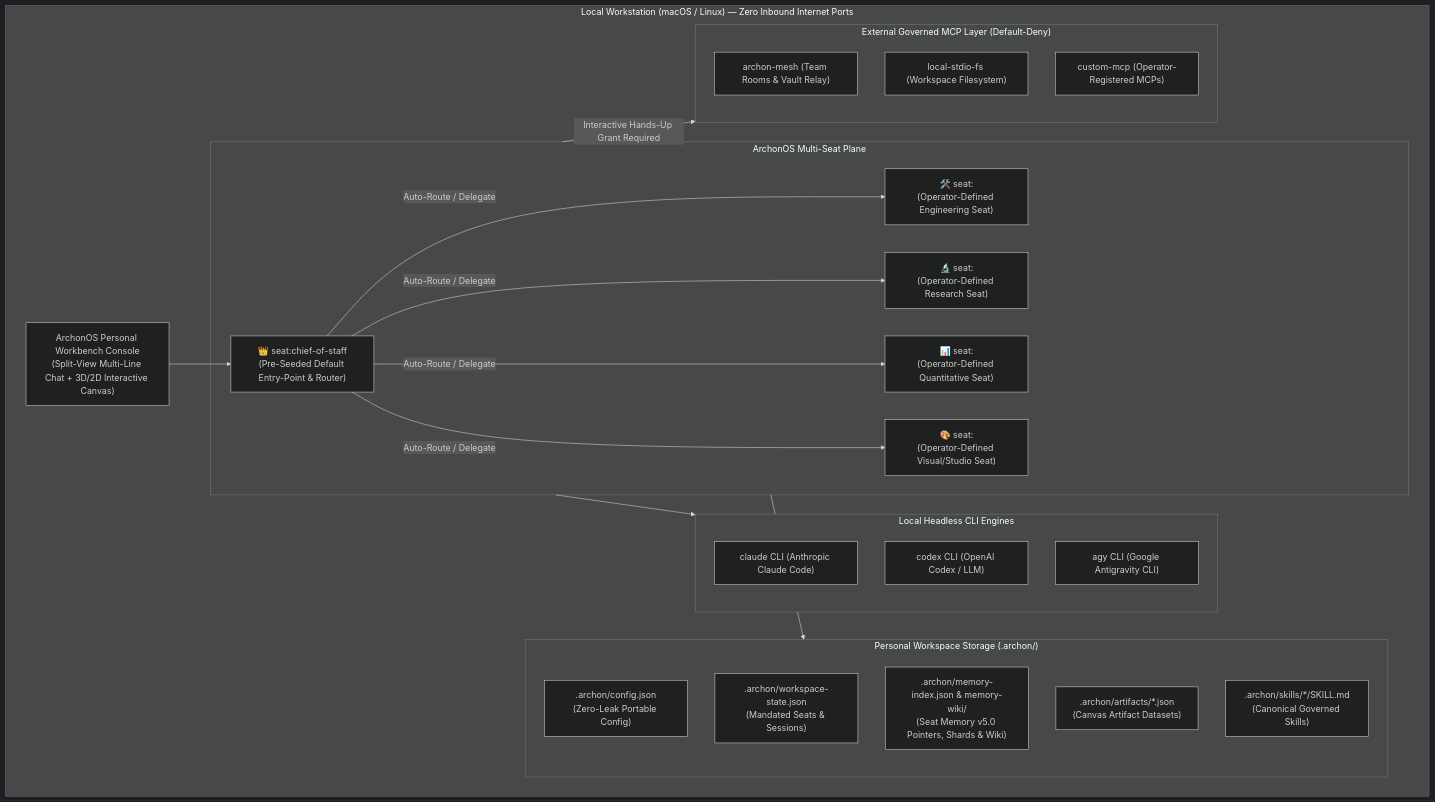
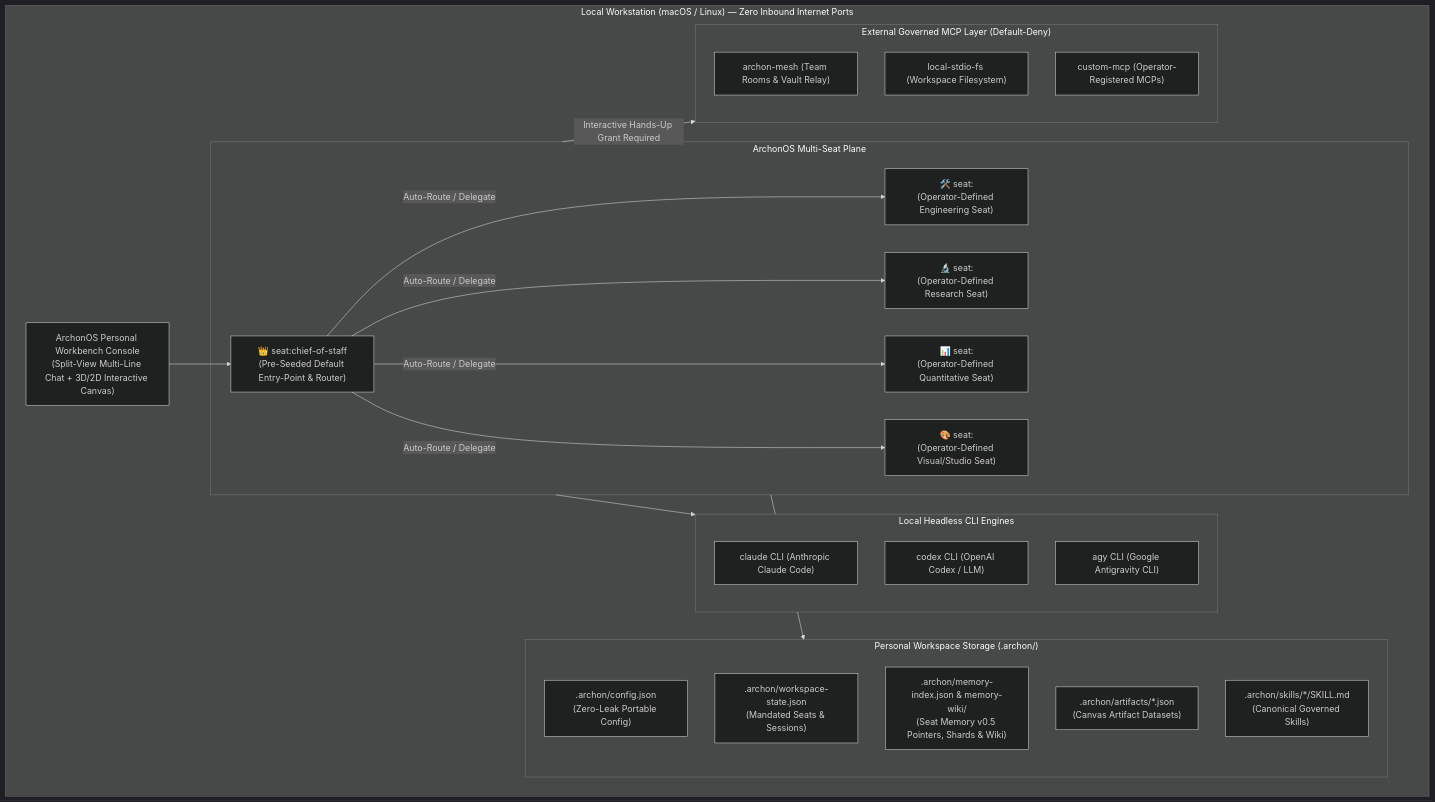
One commit to dmquant/archonos-pub changed the diagram in README.md. Above: the diagram before and after it, drawn with Mermaid (dark theme). The commit also changed other lines of this file and 10 other files, not shown here.

Commit message:
chore(release): align Seat Memory version to v0.5 (pre-1.0 versioning v0.1 -> v0.5)

````diff
--- a/README.md
+++ b/README.md
@@ -75,51 +75,51 @@
 ```mermaid
 flowchart TB
   subgraph Host["Local Workstation (macOS / Linux) — Zero Inbound Internet Ports"]
     UI["ArchonOS Personal Workbench Console
 (Split-View Multi-Line Chat + 3D/2D Interactive Canvas)"]
     
     subgraph Seats["ArchonOS Multi-Seat Plane"]
       COS["👑 seat:chief-of-staff
 (Pre-Seeded Default Entry-Point & Router)"]
       SPEC1["🛠️ seat:<custom-engineering>
 (Operator-Defined Engineering Seat)"]
       SPEC2["🔬 seat:<custom-research>
 (Operator-Defined Research Seat)"]
       SPEC3["📊 seat:<custom-quant>
 (Operator-Defined Quantitative Seat)"]
       SPEC4["🎨 seat:<custom-design>
 (Operator-Defined Visual/Studio Seat)"]
     end
 
     subgraph Hands["Local Headless CLI Engines"]
       CLI1["claude CLI (Anthropic Claude Code)"]
       CLI2["codex CLI (OpenAI Codex / LLM)"]
       CLI3["agy CLI (Google Antigravity CLI)"]
     end
 
     subgraph Storage["Personal Workspace Storage (.archon/)"]
       CFG[".archon/config.json
 (Zero-Leak Portable Config)"]
       STATE[".archon/workspace-state.json
 (Mandated Seats & Sessions)"]
       MEM[".archon/memory-index.json & memory-wiki/
-(Seat Memory v5.0 Pointers, Shards & Wiki)"]
+(Seat Memory v0.5 Pointers, Shards & Wiki)"]
       ARTS[".archon/artifacts/*.json
 (Canvas Artifact Datasets)"]
       SKILLS[".archon/skills/*/SKILL.md
 (Canonical Governed Skills)"]
     end
 
     subgraph MCP["External Governed MCP Layer (Default-Deny)"]
       MCP1["archon-mesh (Team Rooms & Vault Relay)"]
       MCP2["local-stdio-fs (Workspace Filesystem)"]
       MCP3["custom-mcp (Operator-Registered MCPs)"]
     end
   end
 
   UI --> COS
   COS -->|Auto-Route / Delegate| SPEC1 & SPEC2 & SPEC3 & SPEC4
   Seats --> Hands
   Seats --> Storage
   Seats -->|Interactive Hands-Up Grant Required| MCP
 ```
````
